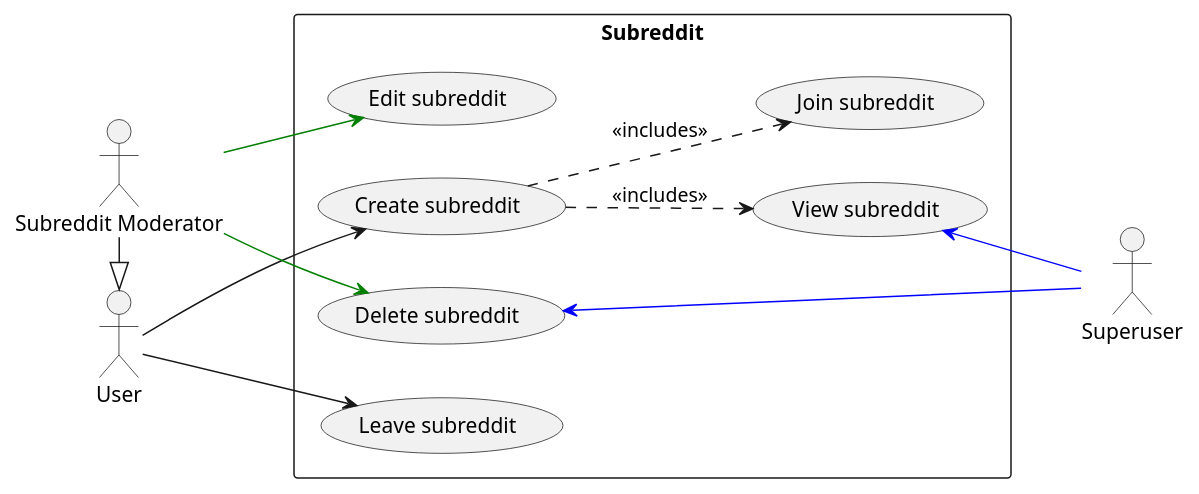
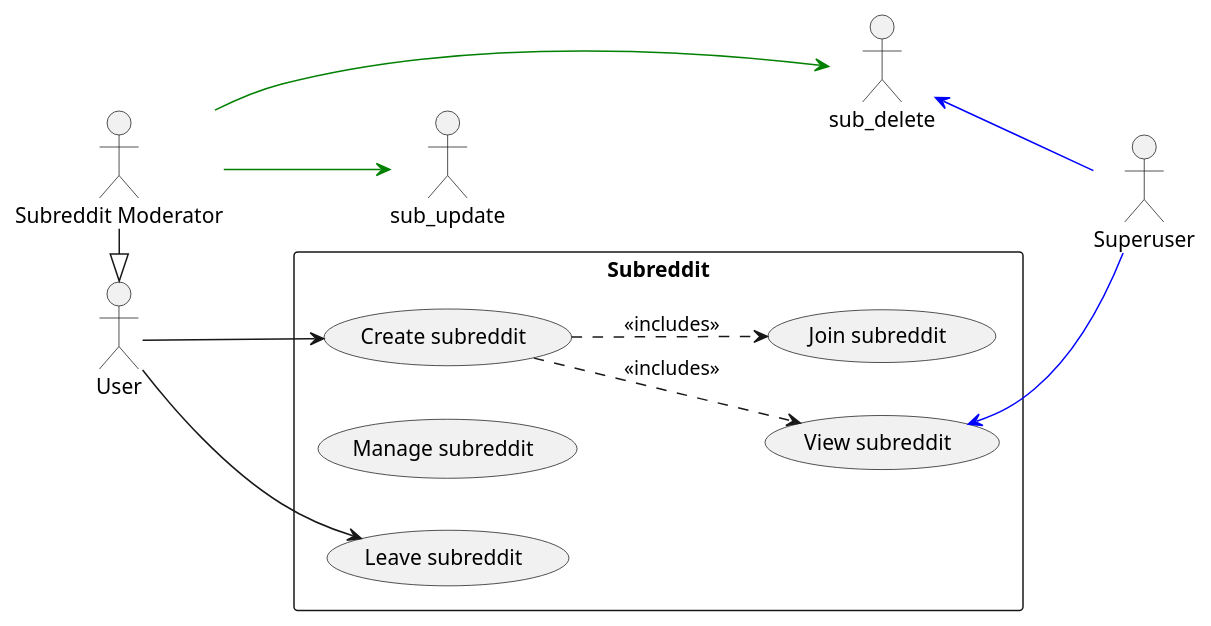
The diagram in use_case_subreddit.puml (Huy-Ngo/reddit-design), drawn with PlantUML before and after one commit. The commit also changed 2 other files, not shown here.

Commit message:
Merge use cases into manage use case, resolve #3

```diff
--- a/use_case_subreddit.puml
+++ b/use_case_subreddit.puml
@@ -1,31 +1,30 @@
 @startuml
 skinparam packageStyle rectangle
 left to right direction
 actor "User" as user
 actor "Subreddit Moderator" as mod
 actor "Superuser" as su
 mod -|> user
 
 rectangle Subreddit as sub {
   usecase "Create subreddit" as sub_create
   usecase "View subreddit" as sub_read
-  usecase "Edit subreddit" as sub_update
-  usecase "Delete subreddit" as sub_delete
+  usecase "Manage subreddit" as sub_manage
 
   usecase "Join subreddit" as sub_join
   usecase "Leave subreddit" as sub_leave
 }
 
 user --> sub_create
 user --> sub_leave
 
 mod -[#green]-> sub_delete
 mod -[#green]-> sub_update
 
 sub_read    <-[#blue]- su
 sub_delete  <-[#blue]- su
 
 sub_create ..> sub_read : <<includes>>
 sub_create ..> sub_join : <<includes>>
 
 @enduml
```
